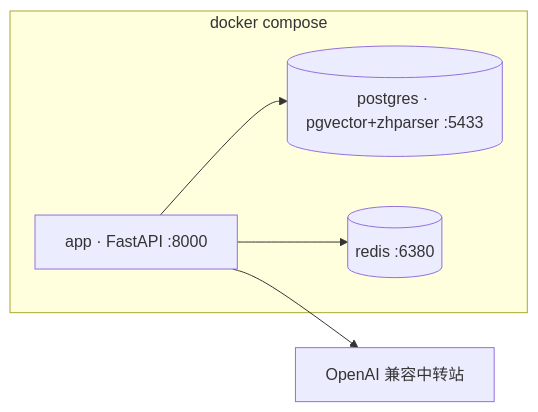
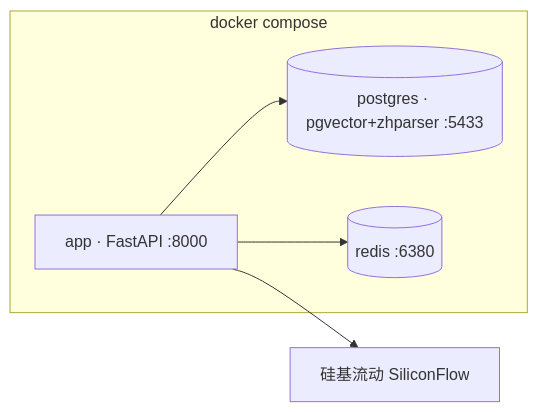
The second of 2 diagrams in 0607-rag-service/README.md (BryanLi93/ai-practise), drawn with Mermaid before and after one commit. The commit also changed other lines of this file and 23 other files, not shown here.

````diff
--- a/0607-rag-service/README.md
+++ b/0607-rag-service/README.md
@@ -49,11 +49,11 @@
 ```mermaid
 flowchart LR
     subgraph compose[docker compose]
         APP[app · FastAPI :8000]
         PG[(postgres · pgvector+zhparser :5433)]
         REDIS[(redis :6380)]
     end
     APP --> PG
     APP --> REDIS
-    APP --> RELAY[OpenAI 兼容中转站]
+    APP --> RELAY[硅基流动 SiliconFlow]
 ```
````
